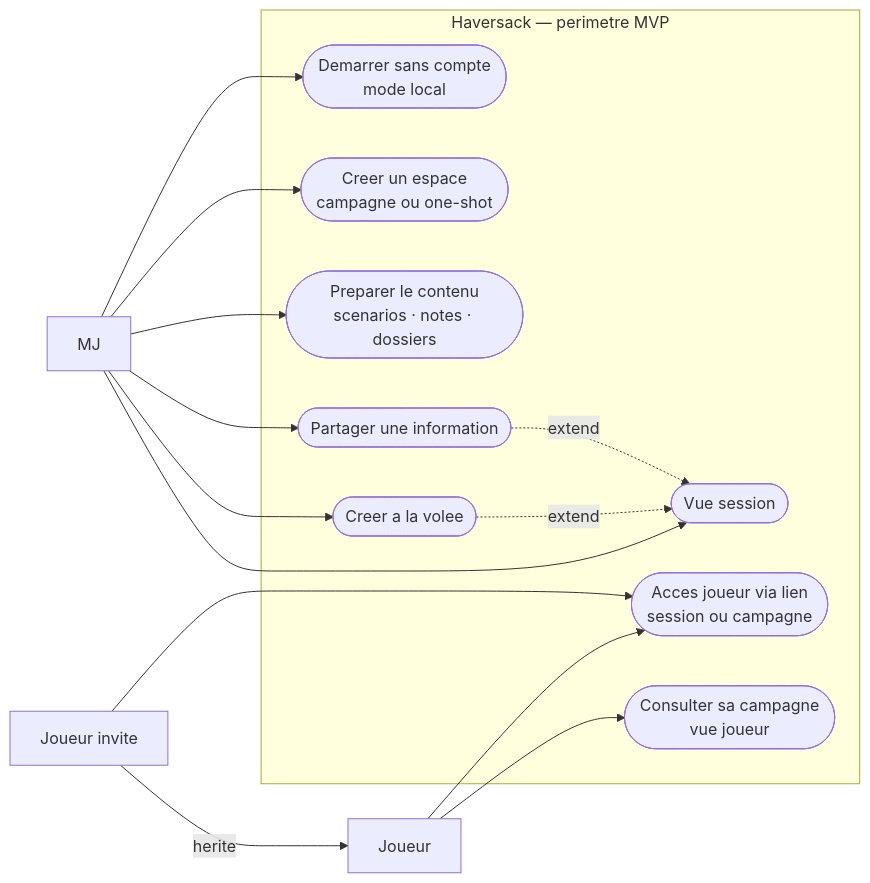
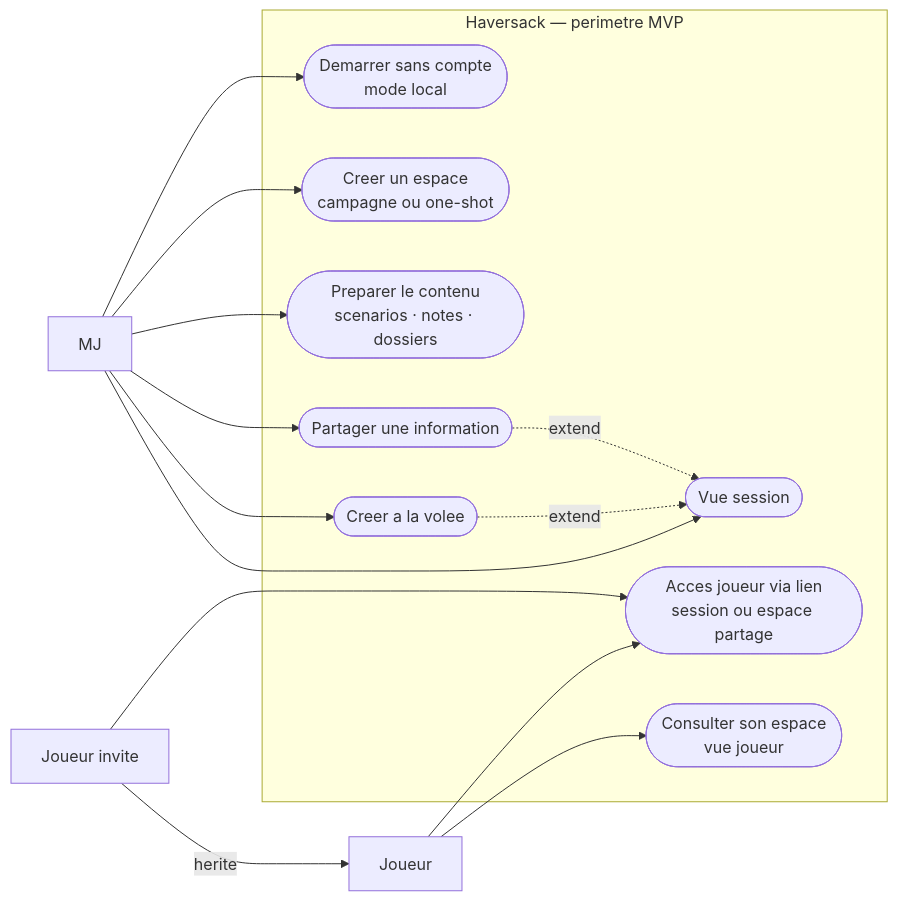
One commit to 2025-10-CDA-ECO-P6/PM-micro-saas changed the first of 5 diagrams in docs/besoin/cas-d-utilisation/diagrammes.md. Above: the diagram before and after it, drawn with Mermaid. The commit also changed other lines of this file, not shown here.

First line of the commit message:
docs(cas-d-utilisation): aligne les diagrammes de cas d'utilisation sur les UC

````diff
--- a/docs/besoin/cas-d-utilisation/diagrammes.md
+++ b/docs/besoin/cas-d-utilisation/diagrammes.md
@@ -39,31 +39,31 @@
 ```mermaid
 flowchart LR
     MJ["MJ"]
     Joueur["Joueur"]
     JInvite["Joueur invite"]
     JInvite -- herite --> Joueur
 
     subgraph SYS["Haversack — perimetre MVP"]
         UC01(["Demarrer sans compte\nmode local"])
         UC02(["Creer un espace\ncampagne ou one-shot"])
         UC_PREP(["Preparer le contenu\nscenarios · notes · dossiers"])
         UC06(["Vue session"])
         UC07(["Creer a la volee"])
         UC08(["Partager une information"])
-        UC09(["Acces joueur via lien\nsession ou campagne"])
-        UC12(["Consulter sa campagne\nvue joueur"])
+        UC09(["Acces joueur via lien\nsession ou espace partage"])
+        UC12(["Consulter son espace\nvue joueur"])
     end
 
     MJ --> UC01
     MJ --> UC02
     MJ --> UC_PREP
     MJ --> UC06
     MJ --> UC07
     MJ --> UC08
     Joueur --> UC09
     Joueur --> UC12
     JInvite --> UC09
 
     UC07 -.->|"extend"| UC06
     UC08 -.->|"extend"| UC06
 ```
````
